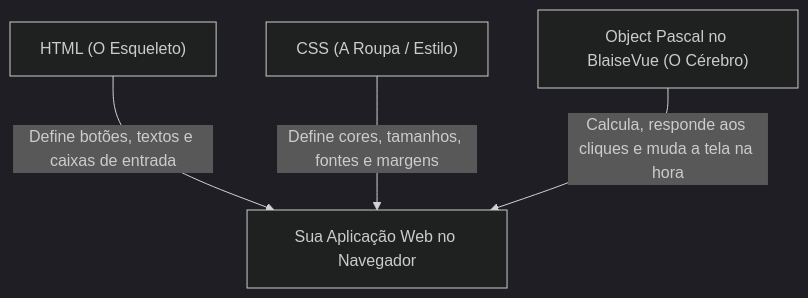
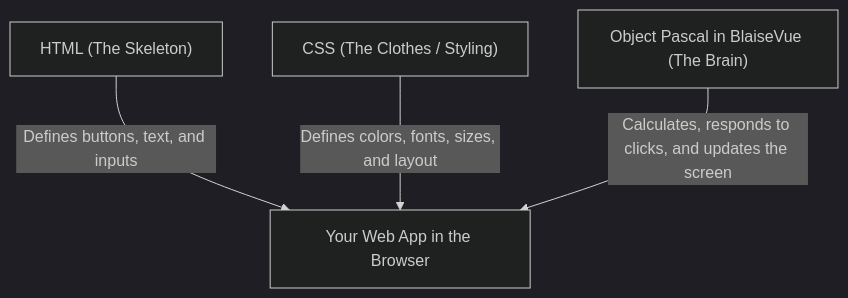
One commit to affonsoelias/BlaiseVue changed the diagram in doc/Course/01-introduction.md. Above: the diagram before and after it, drawn with Mermaid (dark theme). The commit also changed other lines of this file and 13 other files, not shown here.

````diff
--- a/doc/Course/01-introduction.md
+++ b/doc/Course/01-introduction.md
@@ -12,6 +12,6 @@
 ```mermaid
 flowchart TD
-    A["HTML (O Esqueleto)"] -->|Define botões, textos e caixas de entrada| D["Sua Aplicação Web no Navegador"]
-    B["CSS (A Roupa / Estilo)"] -->|Define cores, tamanhos, fontes e margens| D
-    C["Object Pascal no BlaiseVue (O Cérebro)"] -->|Calcula, responde aos cliques e muda a tela na hora| D
+    A["HTML (The Skeleton)"] -->|Defines buttons, text, and inputs| D["Your Web App in the Browser"]
+    B["CSS (The Clothes / Styling)"] -->|Defines colors, fonts, sizes, and layout| D
+    C["Object Pascal in BlaiseVue (The Brain)"] -->|Calculates, responds to clicks, and updates the screen| D
 ```
````
